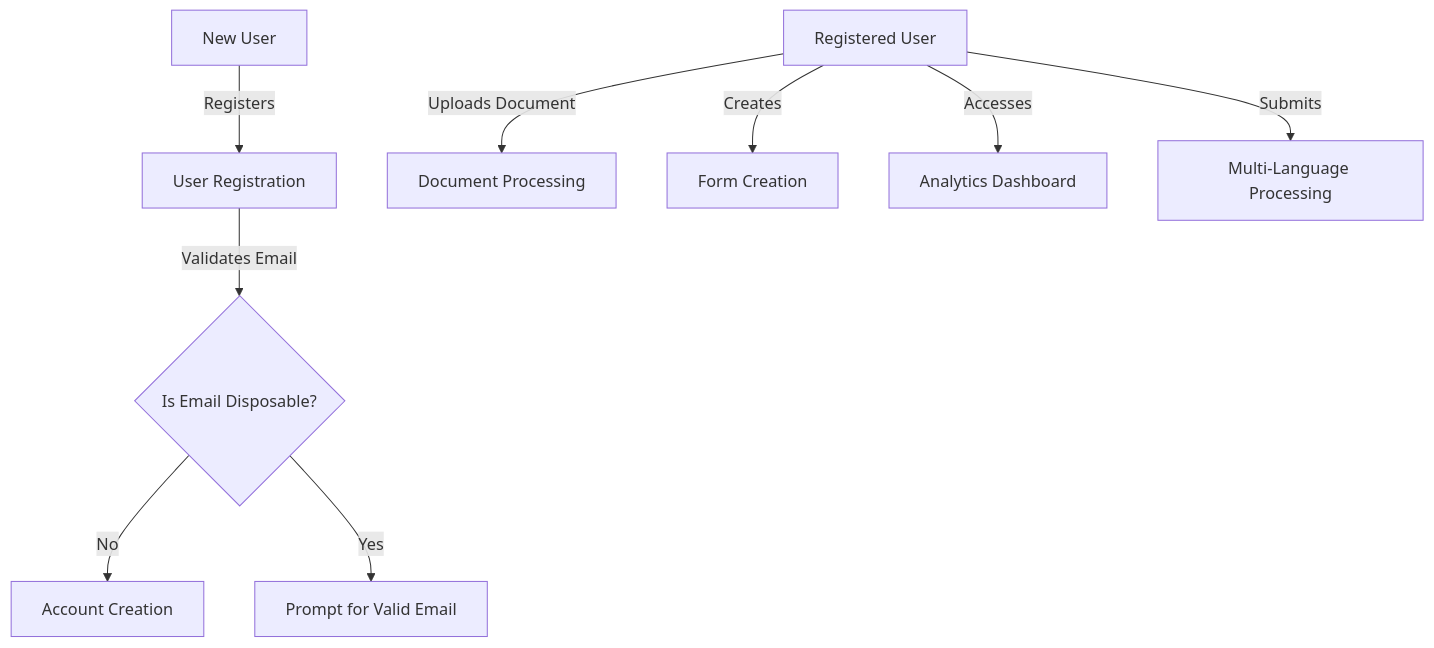
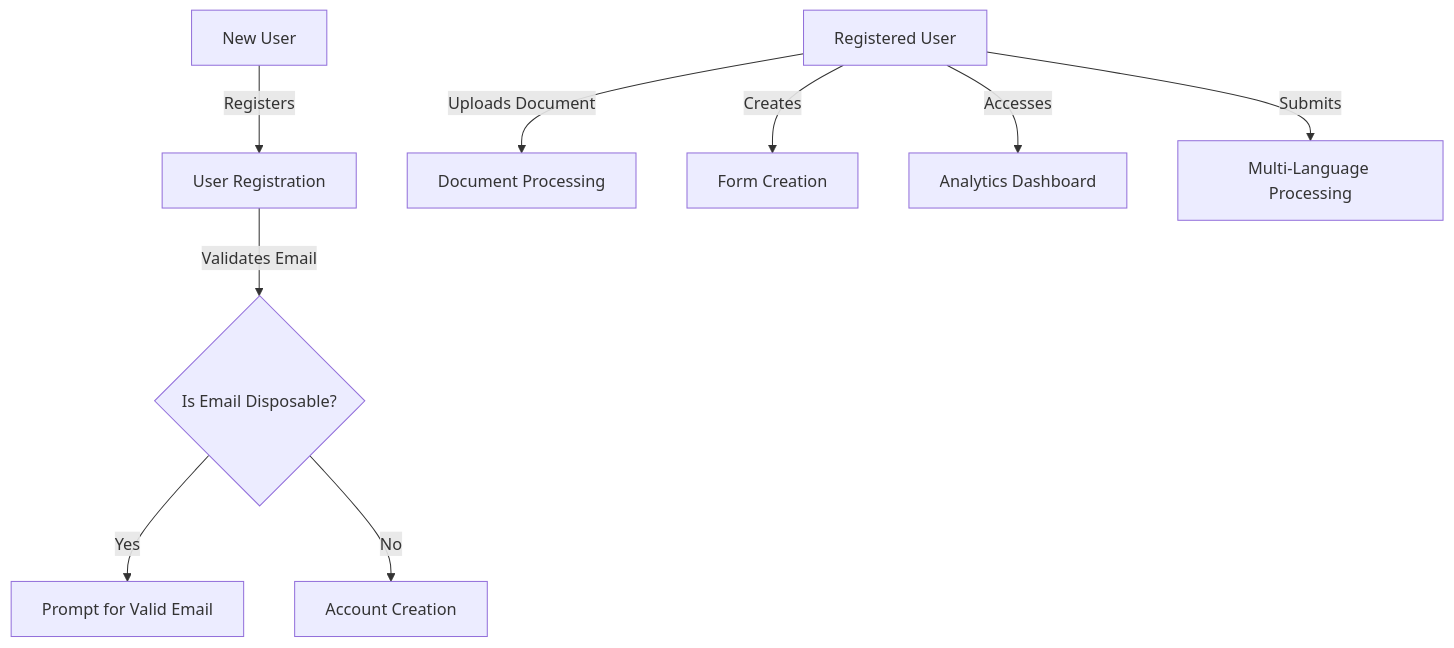
The third of 9 diagrams in daft_report.md (FormSculptor/Internal-Documentation), drawn with Mermaid before and after one commit. The commit also changed other lines of this file, not shown here.

Commit message:
Add system architecture and activity diagrams to enhance project report clarity

````diff
--- a/daft_report.md
+++ b/daft_report.md
@@ -167,11 +214,11 @@
 ```mermaid
 graph TD
-    A[New User] -- Registers --> B[User Registration]
-    B -- Validates Email --> C{Is Email Disposable?}
-    C -- No --> D[Account Creation]
-    C -- Yes --> E[Prompt for Valid Email]
-    F[Registered User] -- Uploads Document --> G[Document Processing]
-    F -- Creates --> H[Form Creation]
-    F -- Accesses --> I[Analytics Dashboard]
-    F -- Submits --> J[Multi-Language Processing]
+    A[New User] -->|Registers| B[User Registration]
+    B -->|Validates Email| C{Is Email Disposable?}
+    C -- Yes --> D[Prompt for Valid Email]
+    C -- No --> E[Account Creation]
+    F[Registered User] -->|Uploads Document| G[Document Processing]
+    F -->|Creates| H[Form Creation]
+    F -->|Accesses| I[Analytics Dashboard]
+    F -->|Submits| J[Multi-Language Processing]
 ```
````
